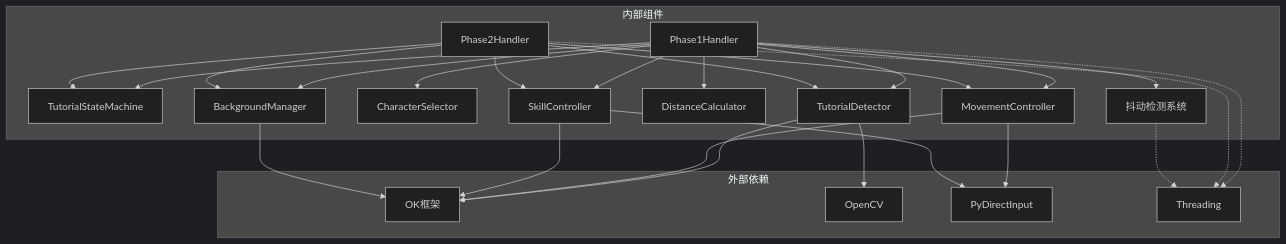
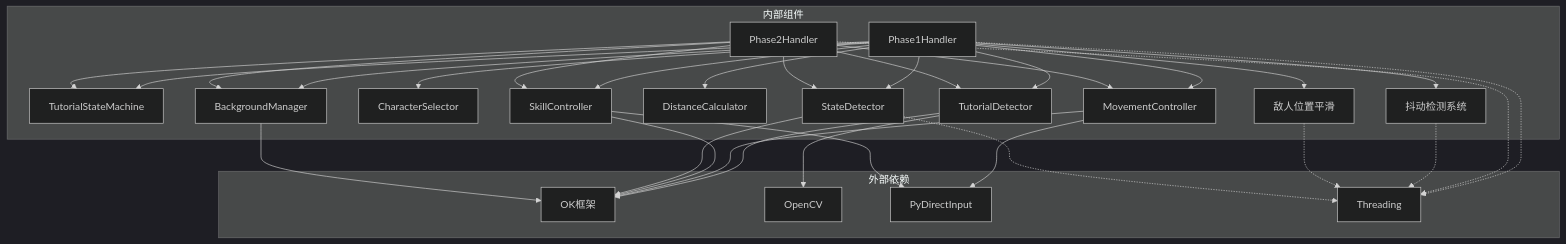
One commit to xsy098-max/ok-jump changed the seventh of 7 diagrams in .qoder/repowiki/zh/content/Tutorial Phase1 Handler.md. Above: the diagram before and after it, drawn with Mermaid (dark theme). The commit also changed other lines of this file and 19 other files, not shown here.

````diff
--- a/.qoder/repowiki/zh/content/Tutorial Phase1 Handler.md
+++ b/.qoder/repowiki/zh/content/Tutorial Phase1 Handler.md
@@ -530,44 +619,52 @@
 ```mermaid
 graph TD
 subgraph "外部依赖"
 OK[OK框架]
 CV[OpenCV]
 PY[PyDirectInput]
 TH[Threading]
 end
 subgraph "内部组件"
 PH[Phase1Handler]
 PH2[Phase2Handler]
 SM[TutorialStateMachine]
 TD[TutorialDetector]
 CS[CharacterSelector]
 MC[MovementController]
 DC[DistanceCalculator]
 SC[SkillController]
 BM[BackgroundManager]
 JDS[抖动检测系统]
+EPS[敌人位置平滑]
+SD[StateDetector]
 end
 PH --> SM
 PH --> TD
 PH --> CS
 PH --> MC
 PH --> DC
 PH --> SC
 PH --> BM
 PH --> JDS
+PH --> EPS
+PH --> SD
 PH2 --> TD
 PH2 --> SC
 PH2 --> MC
 PH2 --> BM
 PH2 --> SM
+PH2 --> SD
 TD --> OK
 TD --> CV
 MC --> PY
 MC --> OK
 SC --> PY
 SC --> OK
+SD --> OK
 BM --> OK
 PH -.-> TH
 PH2 -.-> TH
 JDS -.-> TH
+EPS -.-> TH
+SD -.-> TH
 ```
````
